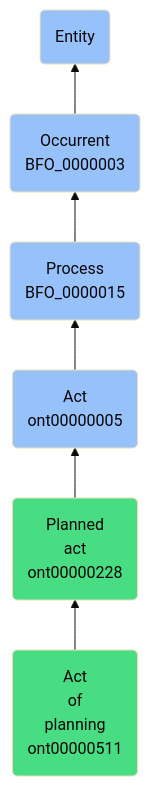
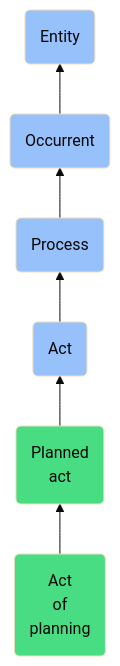
Before and after one commit to jupyter-naas/abi: the diagram in docs/ontology/reference/model/Entity/Occurrent/Process/Act/Planned act/Act of planning/Act of planning.md, drawn with Mermaid (base theme). The commit also changed other lines of this file and 1430 other files, not shown here.

````diff
--- a/docs/ontology/reference/model/Entity/Occurrent/Process/Act/Planned act/Act of planning/Act of planning.md
+++ b/docs/ontology/reference/model/Entity/Occurrent/Process/Act/Planned act/Act of planning/Act of planning.md
@@ -24,13 +24,13 @@
 ```mermaid
 graph BT
-    ont00000511(Act<br>of<br>planning<br>ont00000511):::ABI-->ont00000228
-    ont00000228(Planned<br>act<br>ont00000228):::ABI-->ont00000005
-    ont00000005(Act<br>ont00000005):::BFO-->BFO_0000015
-    BFO_0000015(Process<br>BFO_0000015):::BFO-->BFO_0000003
-    BFO_0000003(Occurrent<br>BFO_0000003):::BFO-->BFO_0000001
+    ont00000511(Act<br>of<br>planning):::ABI-->ont00000228
+    ont00000228(Planned<br>act):::ABI-->ont00000005
+    ont00000005(Act):::BFO-->BFO_0000015
+    BFO_0000015(Process):::BFO-->BFO_0000003
+    BFO_0000003(Occurrent):::BFO-->BFO_0000001
     BFO_0000001(Entity):::BFO
     
     classDef BFO fill:#97c1fb,color:#060606
     classDef CCO fill:#e4c51e,color:#060606
     classDef ABI fill:#48DD82,color:#060606
 ```
````
